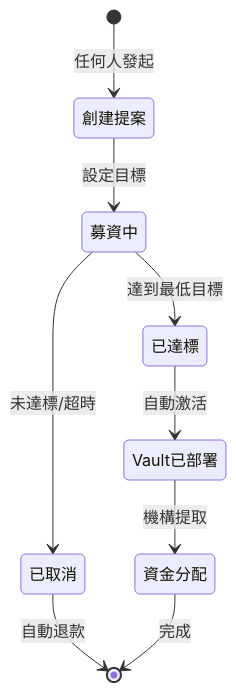
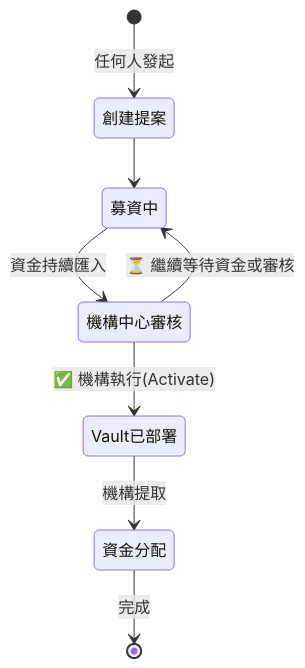
The fourth of 4 diagrams in README.md (Gaia-Link/GaiaLink), drawn with Mermaid before and after one commit. The commit also changed other lines of this file, not shown here.

Commit message:
docs: refine architecture logic in README (institution-led execution)

````diff
--- a/README.md
+++ b/README.md
@@ -191,11 +191,10 @@
 ```mermaid
 stateDiagram-v2
     [*] --> 創建提案: 任何人發起
-    創建提案 --> 募資中: 設定目標
-    募資中 --> 已達標: 達到最低目標
-    募資中 --> 已取消: 未達標/超時
-    已達標 --> Vault已部署: 自動激活
-    已取消 --> [*]: 自動退款
+    創建提案 --> 募資中
+    募資中 --> 機構中心審核: 資金持續匯入
+    機構中心審核 --> Vault已部署: ✅ 機構執行(Activate)
+    機構中心審核 --> 募資中: ⏳ 繼續等待資金或審核
     Vault已部署 --> 資金分配: 機構提取
     資金分配 --> [*]: 完成
 ```
````
